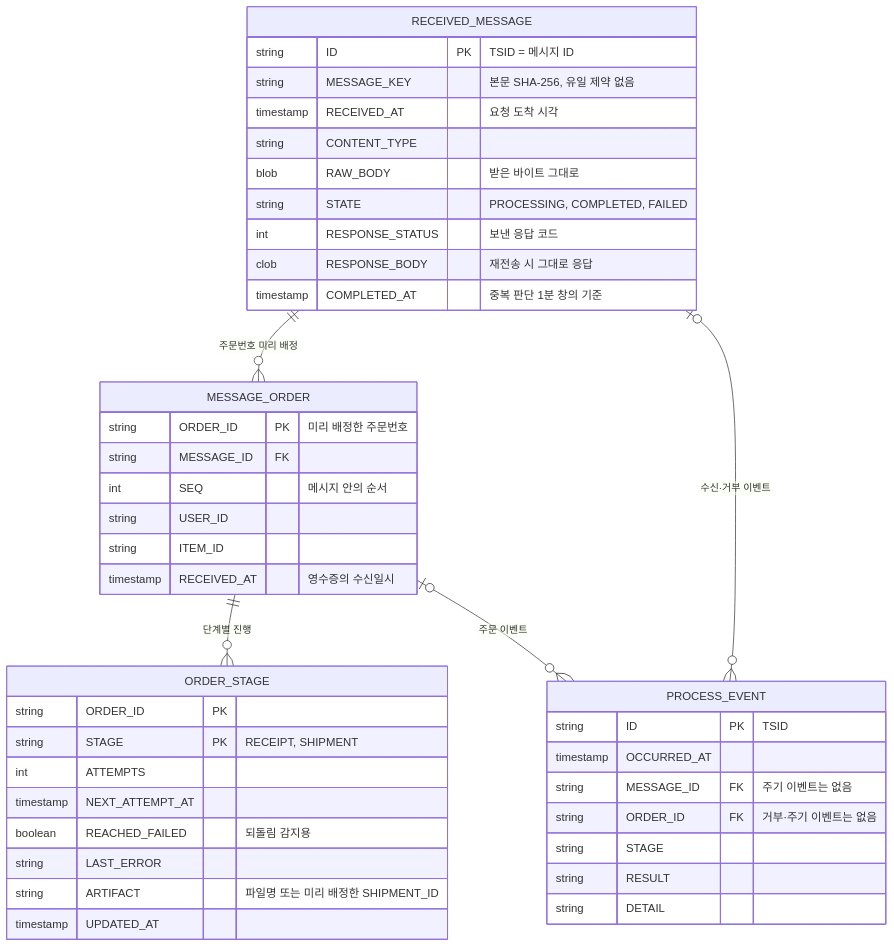
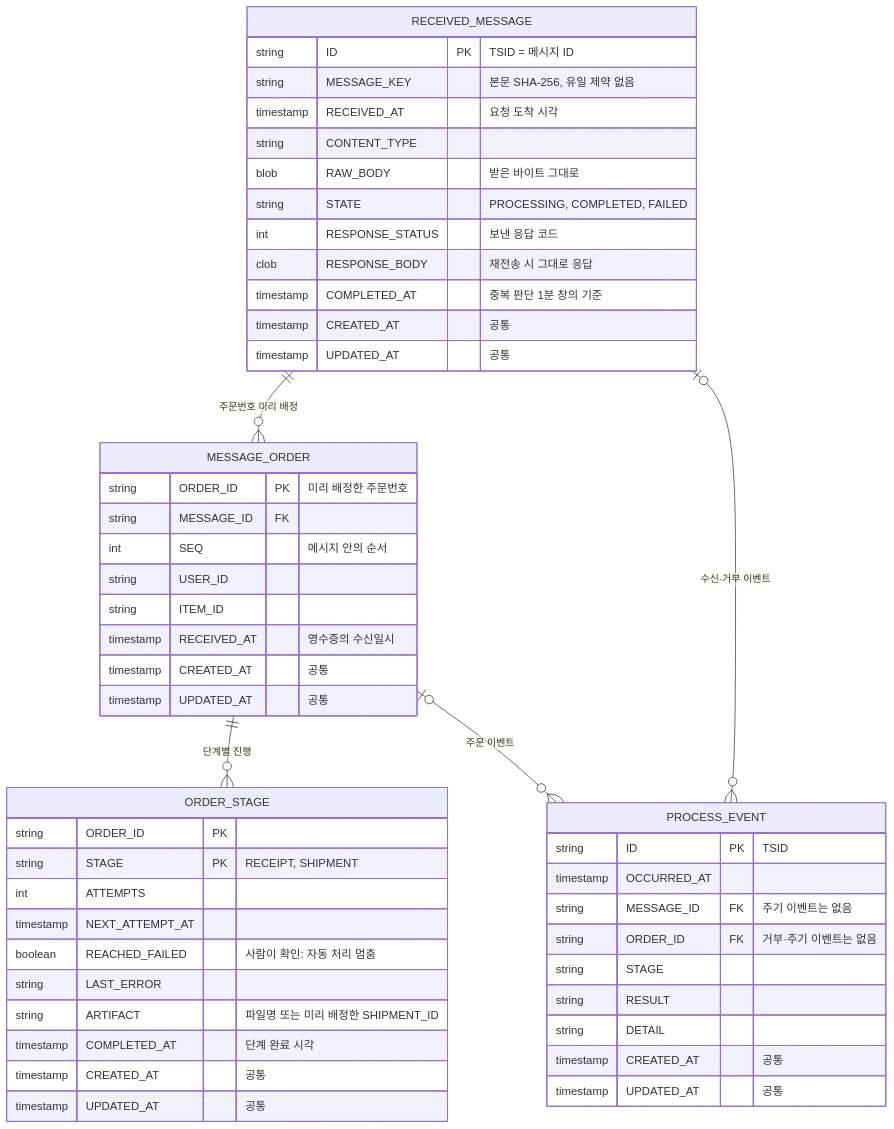
Before and after one commit to milkkwong2/inspien-assignment: the sixth of 21 diagrams in docs/design.md, drawn with Mermaid. The commit also changed other lines of this file and 2 other files, not shown here.

````diff
--- a/docs/design.md
+++ b/docs/design.md
@@ -336,46 +350,54 @@
 ```mermaid
 erDiagram
     RECEIVED_MESSAGE ||--o{ MESSAGE_ORDER : "주문번호 미리 배정"
     RECEIVED_MESSAGE |o--o{ PROCESS_EVENT : "수신·거부 이벤트"
     MESSAGE_ORDER ||--o{ ORDER_STAGE : "단계별 진행"
     MESSAGE_ORDER |o--o{ PROCESS_EVENT : "주문 이벤트"
 
     RECEIVED_MESSAGE {
         string ID PK "TSID = 메시지 ID"
         string MESSAGE_KEY "본문 SHA-256, 유일 제약 없음"
         timestamp RECEIVED_AT "요청 도착 시각"
         string CONTENT_TYPE
         blob RAW_BODY "받은 바이트 그대로"
         string STATE "PROCESSING, COMPLETED, FAILED"
         int RESPONSE_STATUS "보낸 응답 코드"
         clob RESPONSE_BODY "재전송 시 그대로 응답"
         timestamp COMPLETED_AT "중복 판단 1분 창의 기준"
+        timestamp CREATED_AT "공통"
+        timestamp UPDATED_AT "공통"
     }
     MESSAGE_ORDER {
         string ORDER_ID PK "미리 배정한 주문번호"
         string MESSAGE_ID FK
         int SEQ "메시지 안의 순서"
         string USER_ID
         string ITEM_ID
         timestamp RECEIVED_AT "영수증의 수신일시"
+        timestamp CREATED_AT "공통"
+        timestamp UPDATED_AT "공통"
     }
     ORDER_STAGE {
         string ORDER_ID PK
         string STAGE PK "RECEIPT, SHIPMENT"
         int ATTEMPTS
         timestamp NEXT_ATTEMPT_AT
-        boolean REACHED_FAILED "되돌림 감지용"
+        boolean REACHED_FAILED "사람이 확인: 자동 처리 멈춤"
         string LAST_ERROR
         string ARTIFACT "파일명 또는 미리 배정한 SHIPMENT_ID"
-        timestamp UPDATED_AT
+        timestamp COMPLETED_AT "단계 완료 시각"
+        timestamp CREATED_AT "공통"
+        timestamp UPDATED_AT "공통"
     }
     PROCESS_EVENT {
         string ID PK "TSID"
         timestamp OCCURRED_AT
         string MESSAGE_ID FK "주기 이벤트는 없음"
         string ORDER_ID FK "거부·주기 이벤트는 없음"
         string STAGE
         string RESULT
         string DETAIL
+        timestamp CREATED_AT "공통"
+        timestamp UPDATED_AT "공통"
     }
 ```
````
